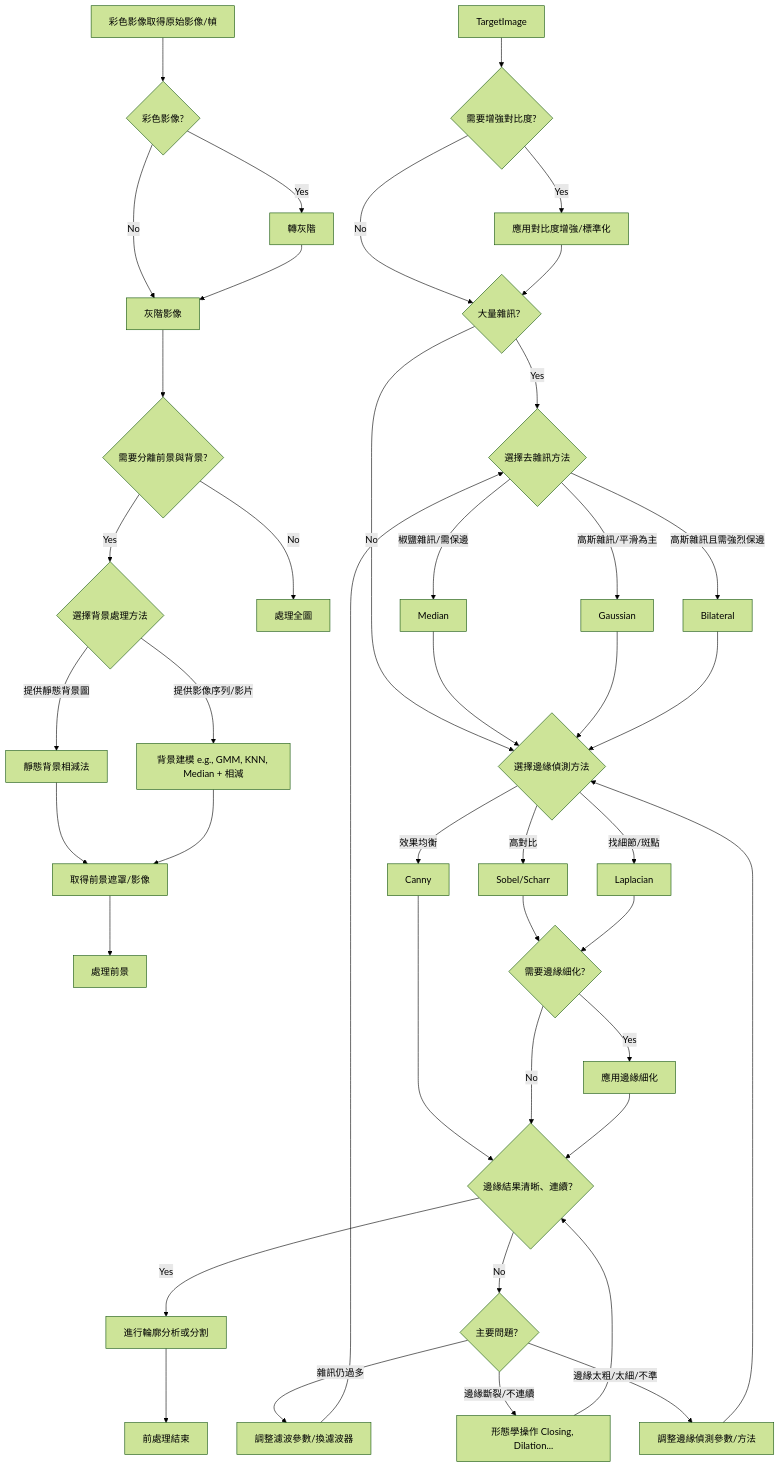
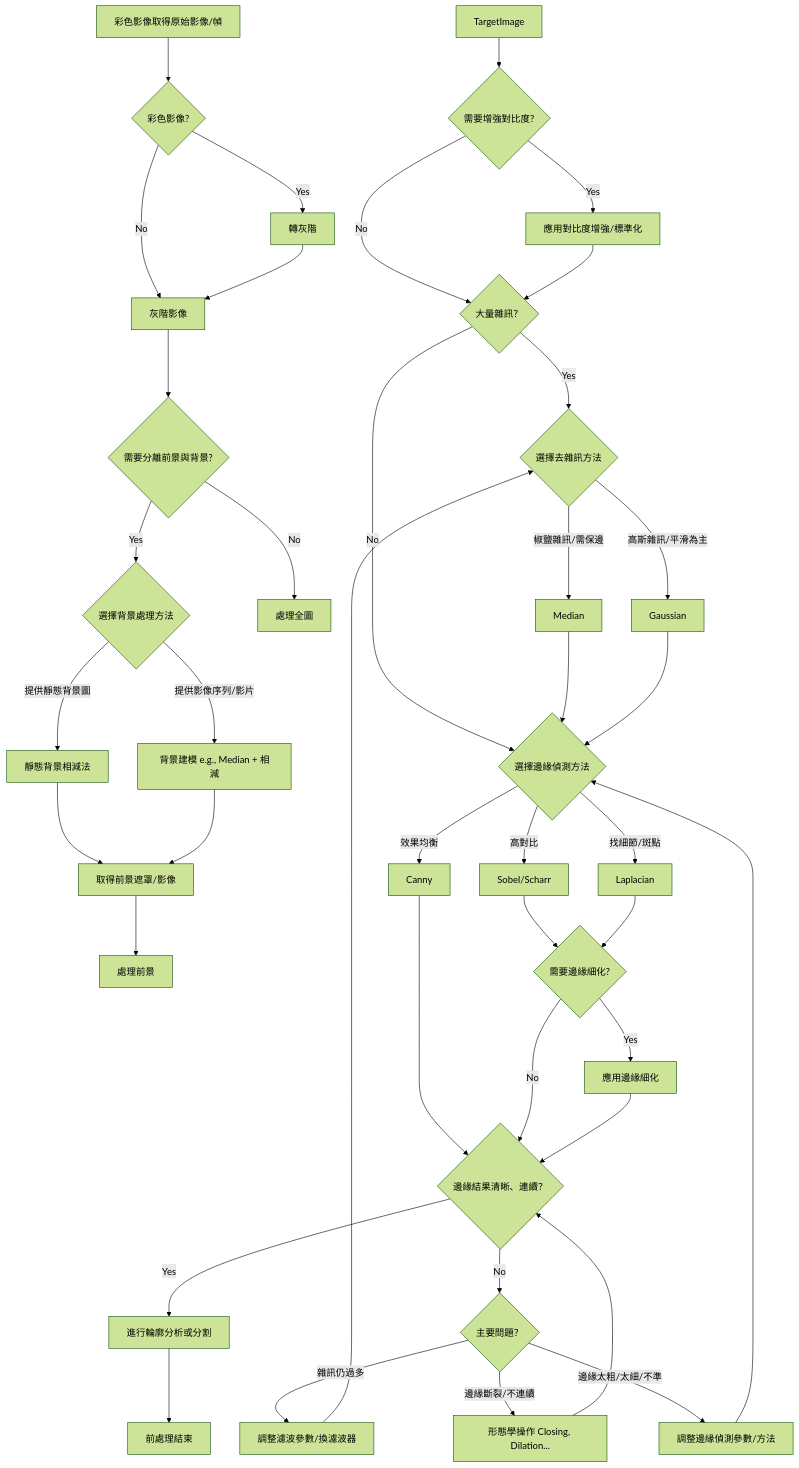
Before and after one commit to ChihHsiangChien/chihhsiangchien.github.io: the diagram in imageJ/workflowChart.md, drawn with Mermaid (forest theme). The commit also changed 19 other files, not shown here.

````diff
--- a/imageJ/workflowChart.md
+++ b/imageJ/workflowChart.md
@@ -2,64 +2,62 @@
 ```{.mermaid}
 flowchart TD
     A[彩色影像取得原始影像/幀]-->B1{彩色影像?}
     B1--No --> A3[灰階影像]
     B1--Yes -->B2[轉灰階]
     B2-->A3
 
     A3 --> BG_Check{需要分離前景與背景?}
     BG_Check -- Yes --> BG_Proc{選擇背景處理方法}
     BG_Check -- No --> 處理全圖
 
     %% Background Subtraction Path
     BG_Proc -- 提供靜態背景圖 --> BG_Static[靜態背景相減法]
-    BG_Proc -- 提供影像序列/影片 --> BG_Model[背景建模 e.g., GMM, KNN, Median + 相減]
+    BG_Proc -- 提供影像序列/影片 --> BG_Model[背景建模 e.g., Median + 相減]
     BG_Static --> FG_Image[取得前景遮罩/影像]
     BG_Model --> FG_Image
     FG_Image --> 處理前景
 
     TargetImage --> B_opt{需要增強對比度?}
     B_opt -- Yes --> B_enhance[應用對比度增強/標準化]
     B_opt -- No --> B
     B_enhance --> B
 
     B{大量雜訊？}
     B -- Yes --> C_select{選擇去雜訊方法}
     B -- No --> D{選擇邊緣偵測方法}
 
     C_select -- 椒鹽雜訊/需保邊 --> C1[Median]
-    C_select -- 高斯雜訊/平滑為主 --> C2[Gaussian]
-    C_select -- 高斯雜訊且需強烈保邊 --> C3[Bilateral]
+    C_select -- 高斯雜訊/平滑為主 --> C2[Gaussian]    
 
     C1 --> D
-    C2 --> D
-    C3 --> D
+    C2 --> D    
 
     D --高對比--> F1[Sobel/Scharr]
     D --效果均衡--> F2[Canny]
     D --找細節/斑點--> F3[Laplacian]
 
     F1 --> G_pre{需要邊緣細化?}
     F3 --> G_pre
     F2 ----> G
 
     G_pre -- Yes --> G_thin[應用邊緣細化]
     G_pre -- No --> G
     G_thin --> G
 
     G{邊緣結果清晰、連續？}
     G -- Yes --> H[進行輪廓分析或分割]
     G -- No --> I{主要問題？}
 
     I -- 雜訊仍過多 --> L[調整濾波參數/換濾波器]
     I -- 邊緣斷裂/不連續 --> J[形態學操作 Closing, Dilation...]
     I -- 邊緣太粗/太細/不準 --> L2[調整邊緣偵測參數/方法]
 
     J --> G
     L --> C_select
     L2 --> D
 
     H --> Z[前處理結束]
 
     
     
 ```
````
